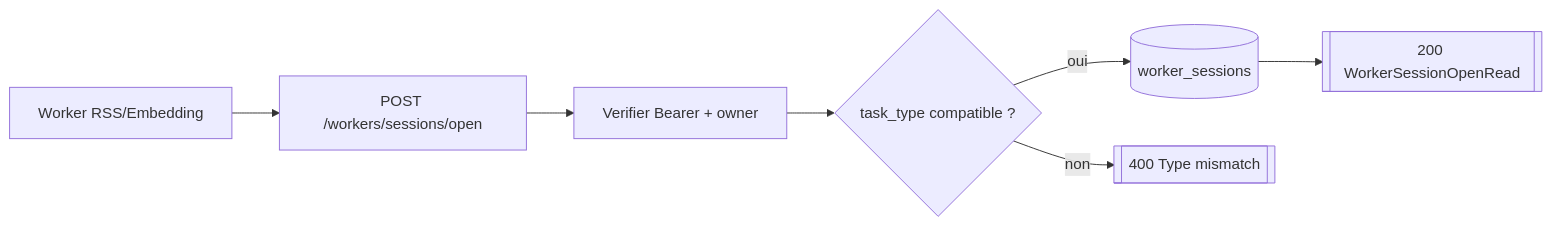
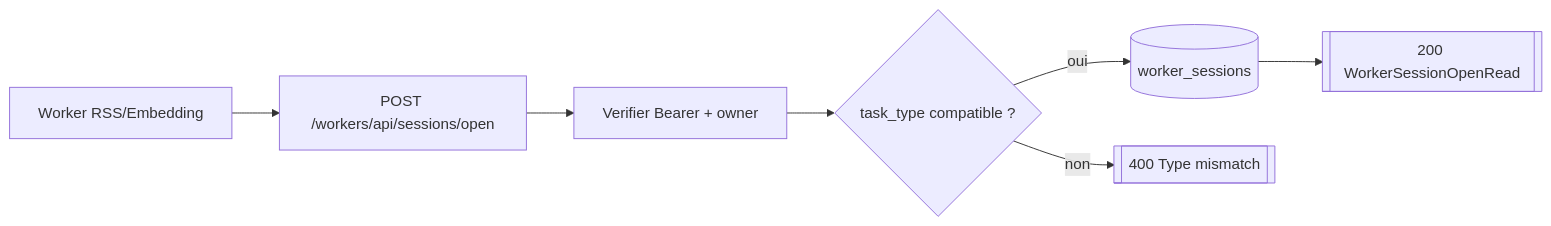
One commit to Manifeed/docs changed the first of 8 diagrams in backend/routes/workers.md. Above: the diagram before and after it, drawn with Mermaid. The commit also changed other lines of this file and 12 other files, not shown here.

````diff
--- a/backend/routes/workers.md
+++ b/backend/routes/workers.md
@@ -5,9 +5,9 @@
 ```mermaid
 flowchart LR
-    worker["Worker RSS/Embedding"] --> route["POST /workers/sessions/open"]
+    worker["Worker RSS/Embedding"] --> route["POST /workers/api/sessions/open"]
     route --> auth["Verifier Bearer + owner"]
     auth --> compat{"task_type compatible ?"}
     compat -->|oui| session[(worker_sessions)]
     session --> response[["200 WorkerSessionOpenRead"]]
     compat -->|non| e400[["400 Type mismatch"]]
 ```
````
